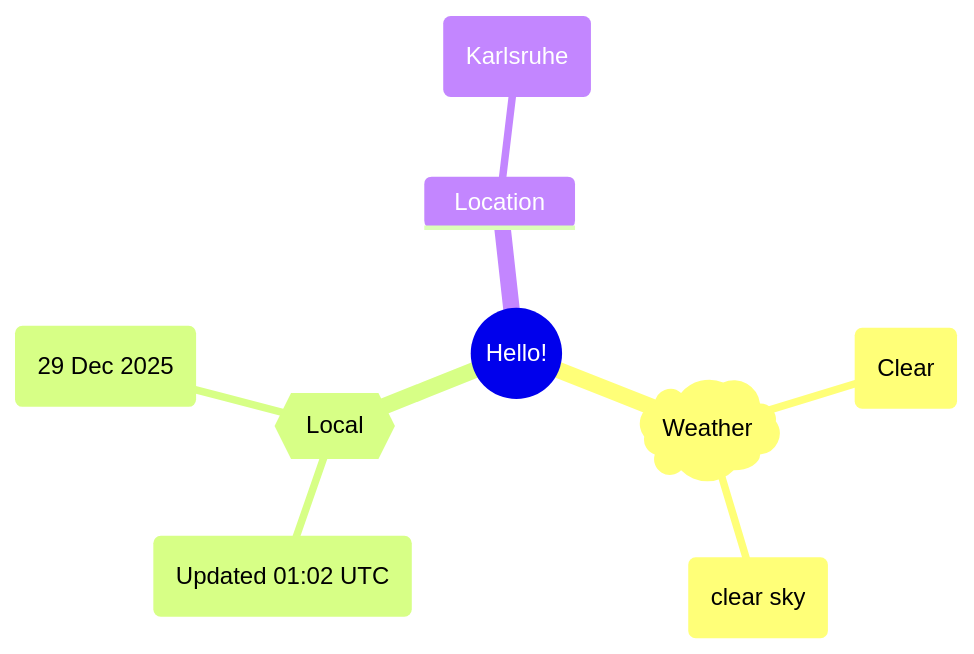
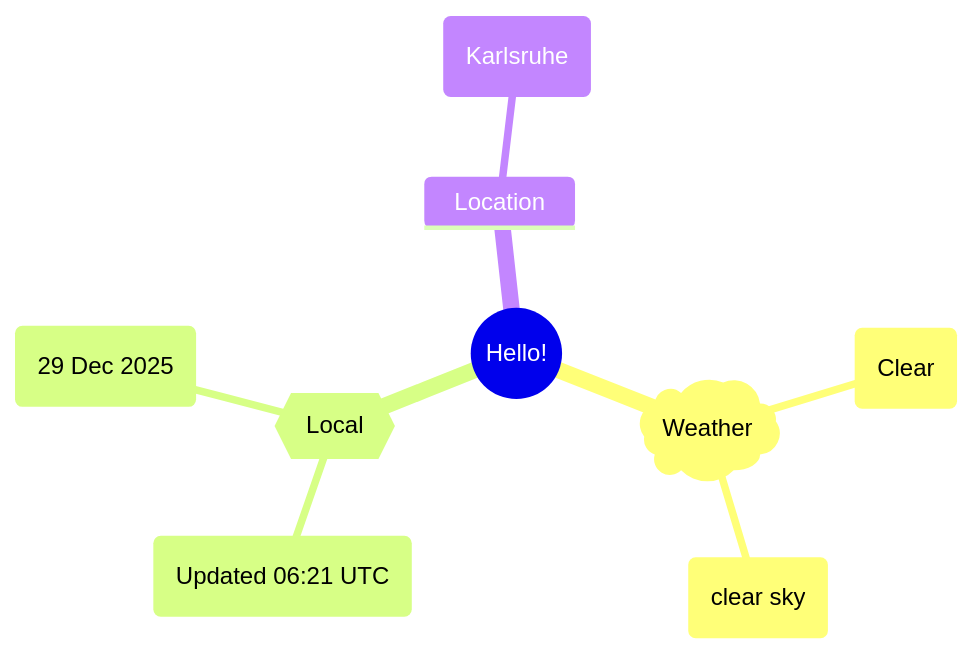
One commit to Xosrov/Xosrov changed the first of 2 diagrams in README.md. Above: the diagram before and after it, drawn with Mermaid.

Commit message:
[bot] updated images

````diff
--- a/README.md
+++ b/README.md
@@ -3,12 +3,12 @@
 ```mermaid
 mindmap
   root((Hello!))
     )Weather(
         (Clear)
         (clear sky)
     {{Local}}
-        (Updated 01:02 UTC)
+        (Updated 06:21 UTC)
         (29 Dec 2025)
     Location
         (Karlsruhe)
 ```
````
